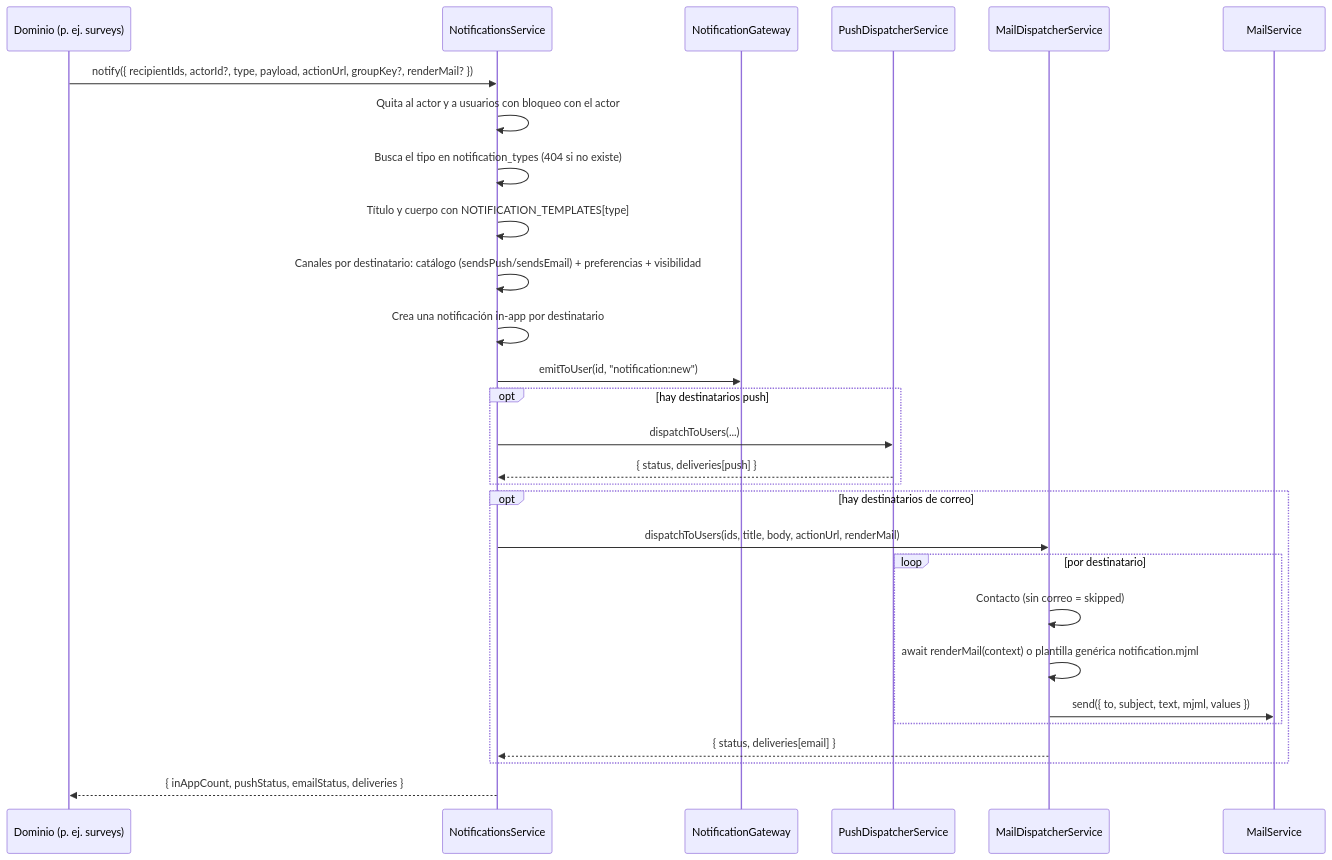
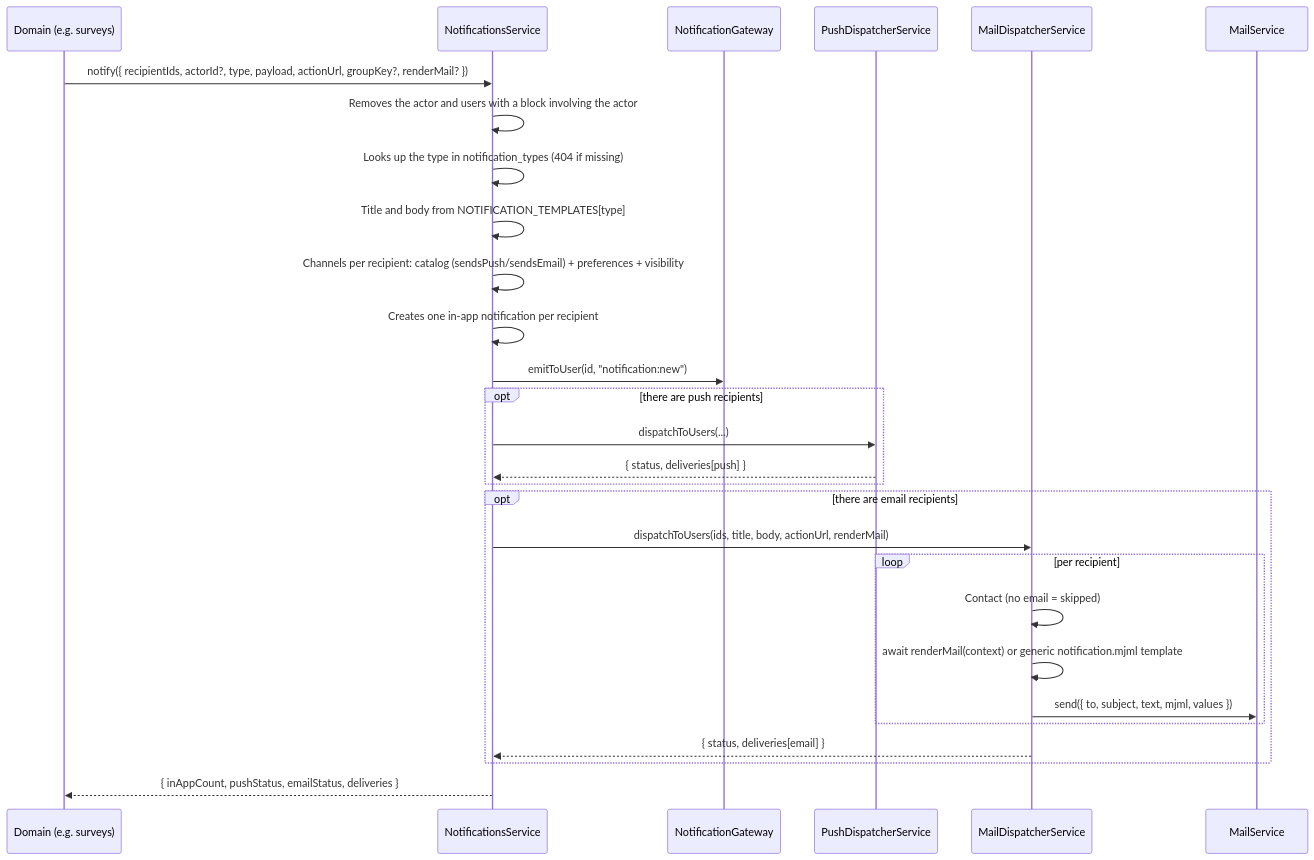
One commit to UMSSY/umssy-app changed the second of 2 diagrams in docs/notifications/README.md. Above: the diagram before and after it, drawn with Mermaid. The commit also changed other lines of this file and 8 other files, not shown here.

````diff
--- a/docs/notifications/README.md
+++ b/docs/notifications/README.md
@@ -42,30 +42,30 @@
 ```mermaid
 sequenceDiagram
-  participant D as Dominio (p. ej. surveys)
+  participant D as Domain (e.g. surveys)
   participant N as NotificationsService
   participant G as NotificationGateway
   participant P as PushDispatcherService
   participant M as MailDispatcherService
   participant ML as MailService
   D->>N: notify({ recipientIds, actorId?, type, payload, actionUrl, groupKey?, renderMail? })
-  N->>N: Quita al actor y a usuarios con bloqueo con el actor
-  N->>N: Busca el tipo en notification_types (404 si no existe)
-  N->>N: Título y cuerpo con NOTIFICATION_TEMPLATES[type]
-  N->>N: Canales por destinatario: catálogo (sendsPush/sendsEmail) + preferencias + visibilidad
-  N->>N: Crea una notificación in-app por destinatario
+  N->>N: Removes the actor and users with a block involving the actor
+  N->>N: Looks up the type in notification_types (404 if missing)
+  N->>N: Title and body from NOTIFICATION_TEMPLATES[type]
+  N->>N: Channels per recipient: catalog (sendsPush/sendsEmail) + preferences + visibility
+  N->>N: Creates one in-app notification per recipient
   N->>G: emitToUser(id, "notification:new")
-  opt hay destinatarios push
+  opt there are push recipients
     N->>P: dispatchToUsers(...)
     P-->>N: { status, deliveries[push] }
   end
-  opt hay destinatarios de correo
+  opt there are email recipients
     N->>M: dispatchToUsers(ids, title, body, actionUrl, renderMail)
-    loop por destinatario
-      M->>M: Contacto (sin correo = skipped)
-      M->>M: await renderMail(context) o plantilla genérica notification.mjml
+    loop per recipient
+      M->>M: Contact (no email = skipped)
+      M->>M: await renderMail(context) or generic notification.mjml template
       M->>ML: send({ to, subject, text, mjml, values })
     end
     M-->>N: { status, deliveries[email] }
   end
   N-->>D: { inAppCount, pushStatus, emailStatus, deliveries }
 ```
````
